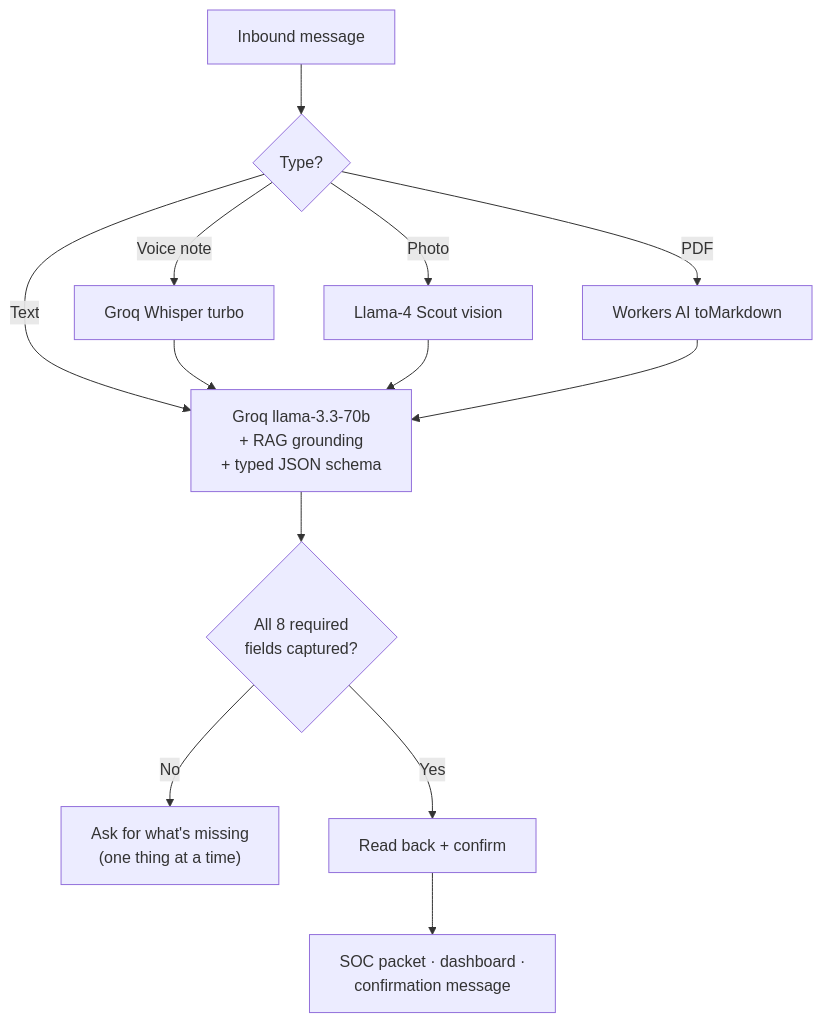
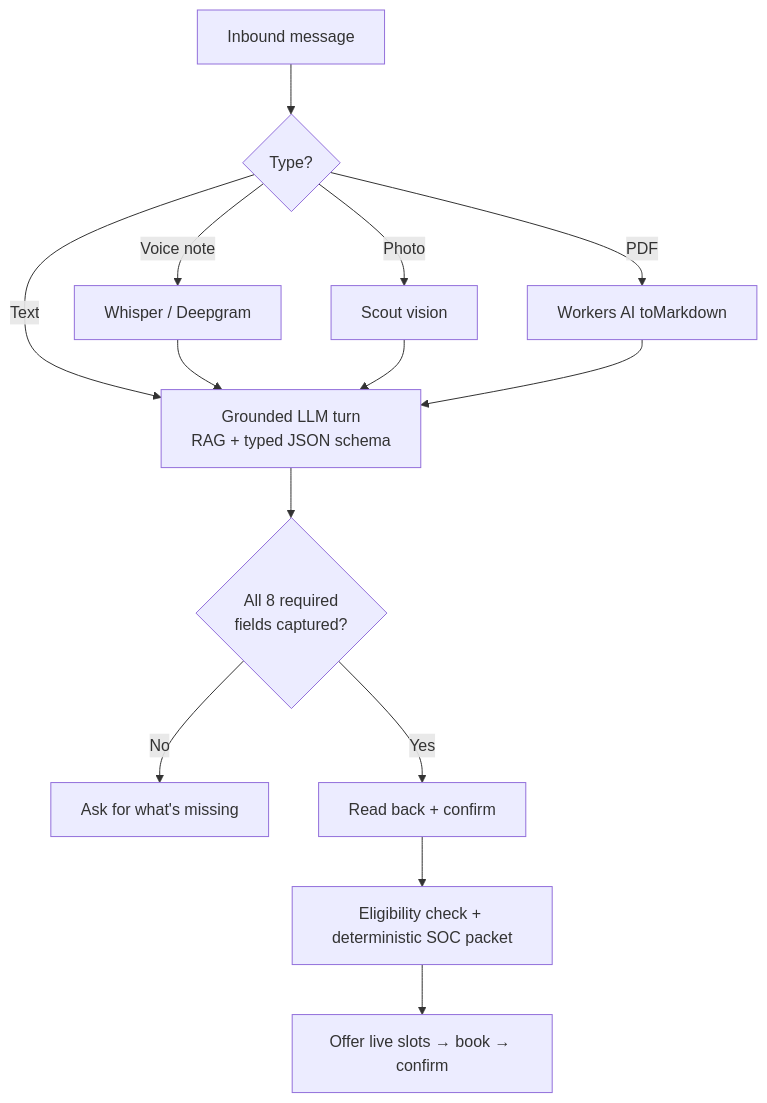
The third of 5 diagrams in README.md (roshaninfordham/intakecare-ai), drawn with Mermaid before and after one commit. The commit also changed other lines of this file and 1 other file, not shown here.

````diff
--- a/README.md
+++ b/README.md
@@ -68,12 +102,13 @@
 ```mermaid
 flowchart TD
     IN["Inbound message"] --> RT{"Type?"}
-    RT -->|Text| BRAIN
-    RT -->|Voice note| W["Groq Whisper turbo"] --> BRAIN
-    RT -->|Photo| S["Llama-4 Scout vision"] --> BRAIN
-    RT -->|PDF| M["Workers AI toMarkdown"] --> BRAIN
-    BRAIN["Groq llama-3.3-70b<br/>+ RAG grounding<br/>+ typed JSON schema"] --> SM{"All 8 required<br/>fields captured?"}
-    SM -->|No| ASK["Ask for what's missing<br/>(one thing at a time)"]
+    RT -->|Text| BRAINN
+    RT -->|Voice note| W["Whisper / Deepgram"] --> BRAINN
+    RT -->|Photo| S["Scout vision"] --> BRAINN
+    RT -->|PDF| M["Workers AI toMarkdown"] --> BRAINN
+    BRAINN["Grounded LLM turn<br/>RAG + typed JSON schema"] --> SM{"All 8 required<br/>fields captured?"}
+    SM -->|No| ASK["Ask for what's missing"]
     SM -->|Yes| CONF["Read back + confirm"]
-    CONF --> DONE["SOC packet · dashboard ·<br/>confirmation message"]
+    CONF --> ELIG["Eligibility check + deterministic SOC packet"]
+    ELIG --> BOOK["Offer live slots → book → confirm"]
 ```
````
